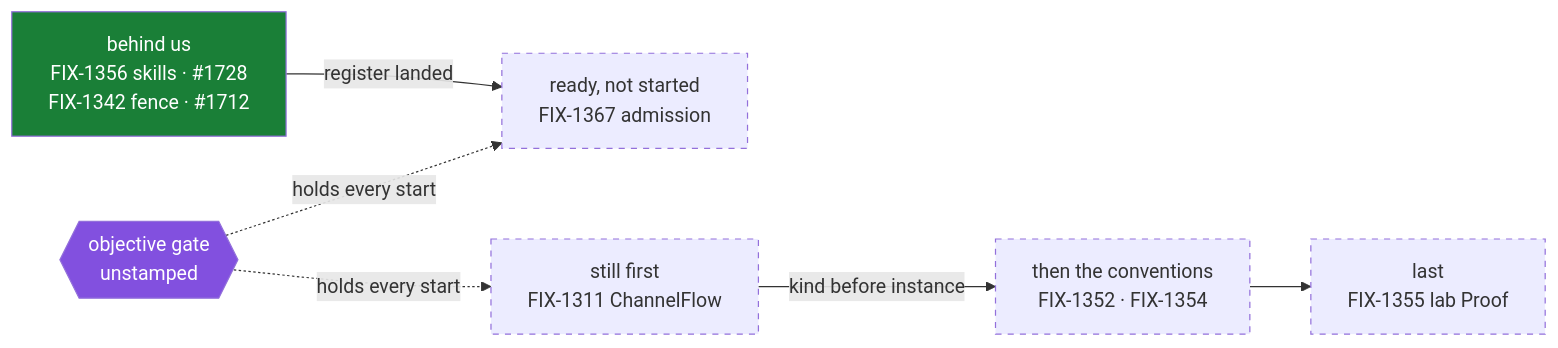
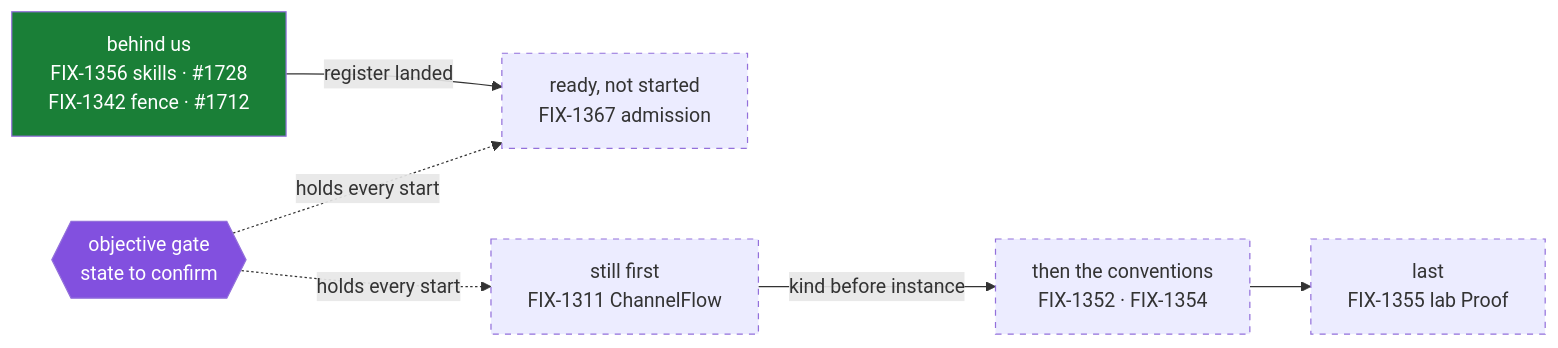
One commit to fixpoint-labs/flow-state-dev changed the fourth of 4 diagrams in spec/_epics/file-convention-surface.explainer.md. Above: the diagram before and after it, drawn with Mermaid. The commit also changed other lines of this file and 1 other file, not shown here.

First line of the commit message:
spec(epic): flag the gate-state disagreement instead of asserting it (FIX-1351)

````diff
--- a/spec/_epics/file-convention-surface.explainer.md
+++ b/spec/_epics/file-convention-surface.explainer.md
@@ -86,20 +86,20 @@
 ```mermaid
 flowchart LR
   A["behind us<br/>FIX-1356 skills · #1728<br/>FIX-1342 fence · #1712"]
   B["ready, not started<br/>FIX-1367 admission"]
-  G{{"objective gate<br/>unstamped"}}
+  G{{"objective gate<br/>state to confirm"}}
   C["still first<br/>FIX-1311 ChannelFlow"]
   D["then the conventions<br/>FIX-1352 · FIX-1354"]
   E["last<br/>FIX-1355 lab Proof"]
   A -->|"register landed"| B
   G -.->|"holds every start"| B
   G -.->|"holds every start"| C
   C -->|"kind before instance"| D
   D --> E
   classDef shipped fill:#1a7f37,color:#fff
   classDef gate fill:#8250df,color:#fff
   classDef todo stroke-dasharray:5 5
   class A shipped
   class G gate
   class B,C,D,E todo
 ```
````
